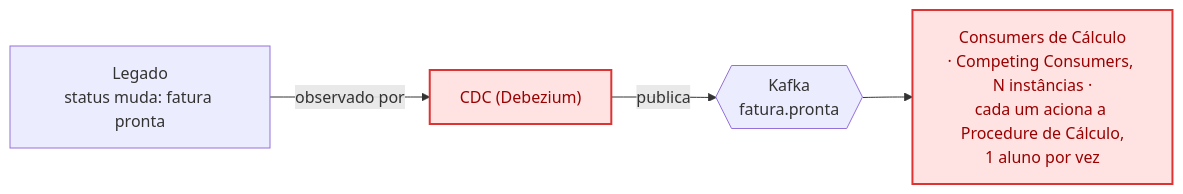
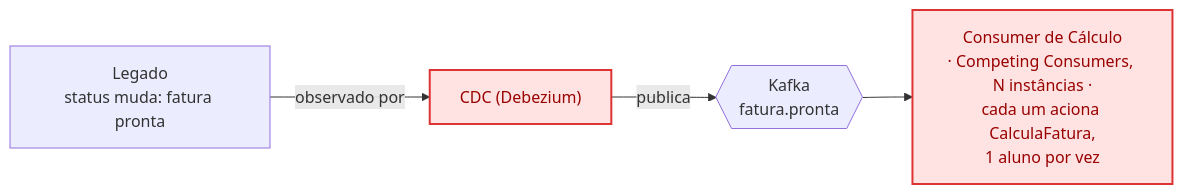
One commit to lealnetosena/colegio-leal changed the diagram in diagramas/03-post2-calculo-paralelo.md. Above: the diagram before and after it, drawn with Mermaid. The commit also changed other lines of this file and 1 other file, not shown here.

````diff
--- a/diagramas/03-post2-calculo-paralelo.md
+++ b/diagramas/03-post2-calculo-paralelo.md
@@ -3,9 +3,9 @@
 ```mermaid
 flowchart LR
     LEG["Legado<br/>status muda: fatura pronta"] -->|"observado por"| CDC["CDC (Debezium)"]
     CDC -->|"publica"| KAFKA{{"Kafka<br/>fatura.pronta"}}
-    KAFKA --> CONS["Consumers de Cálculo<br/>· Competing Consumers, N instâncias ·<br/>cada um aciona a Procedure de Cálculo,<br/>1 aluno por vez"]
+    KAFKA --> CONS["Consumer de Cálculo<br/>· Competing Consumers, N instâncias ·<br/>cada um aciona CalculaFatura,<br/>1 aluno por vez"]
 
     classDef novo fill:#ffe3e3,stroke:#d33,color:#900,stroke-width:2px
     class CDC,CONS novo
 ```
````
